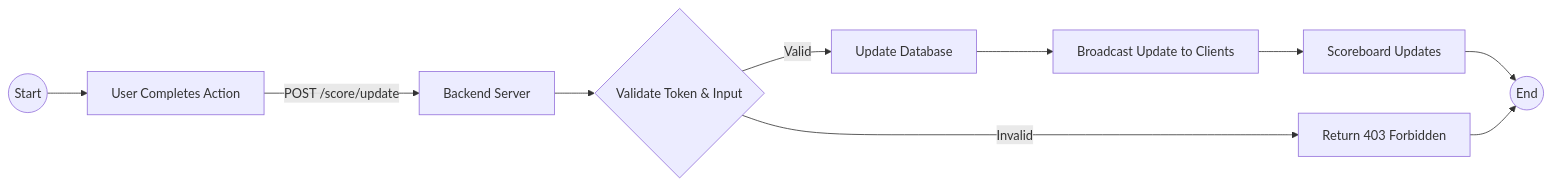
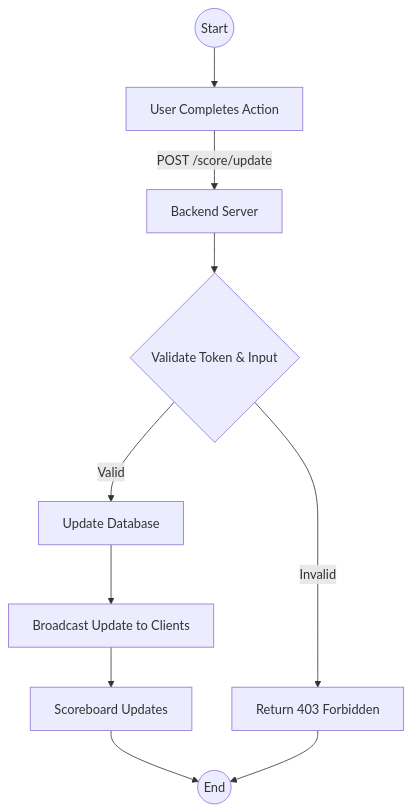
Before and after one commit to minhden11hcm/nguyen-huy: the first of 3 diagrams in src/problem6/readme.md, drawn with Mermaid. The commit also changed other lines of this file, not shown here.

Commit message:
edit diagram

````diff
--- a/src/problem6/readme.md
+++ b/src/problem6/readme.md
@@ -146,12 +146,12 @@
 ```mermaid
-graph LR
+graph TD
 A@{ shape: circle, label: "Start" } --> B[User Completes Action]
 B[User Completes Action] -->|POST /score/update| C[Backend Server]
 C --> D{Validate Token & Input}
 D -->|Valid| F[Update Database]
 D -->|Invalid| E[Return 403 Forbidden]
 F --> G[Broadcast Update to Clients]
 G --> H[Scoreboard Updates]
 H --> L@{ shape: circle, label: "End" }
 E --> L
 ```
````
